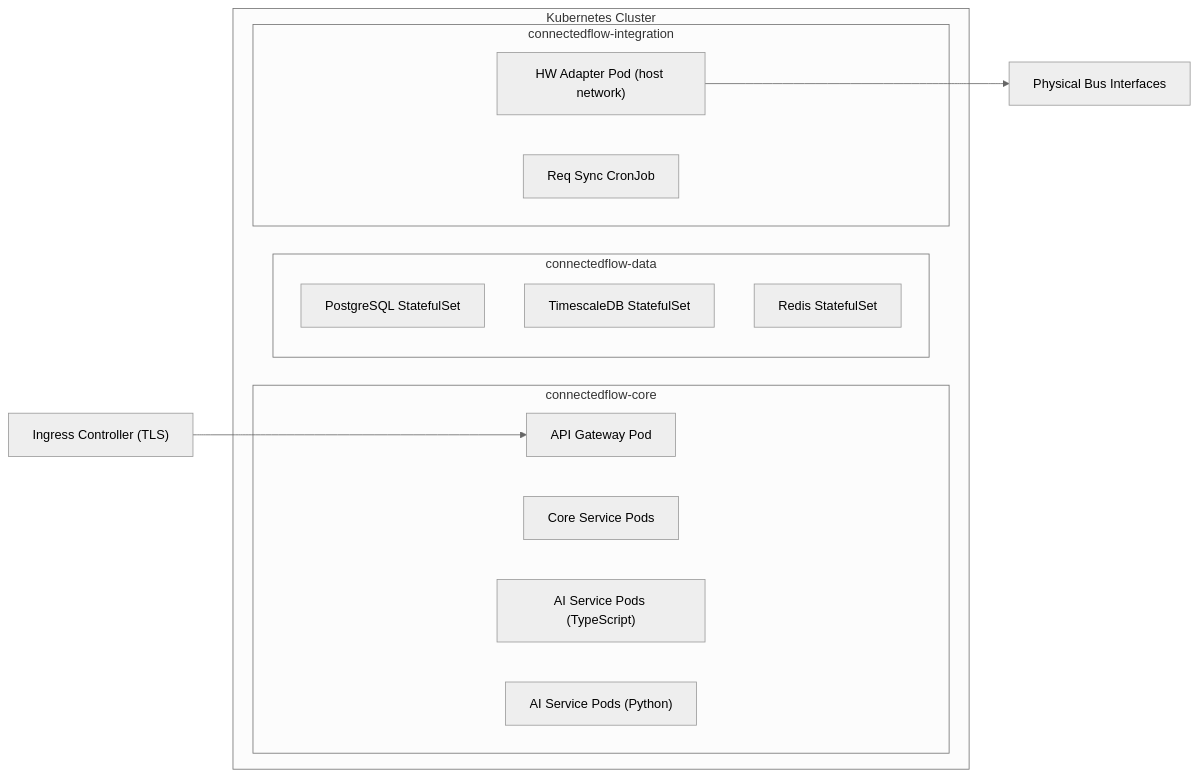
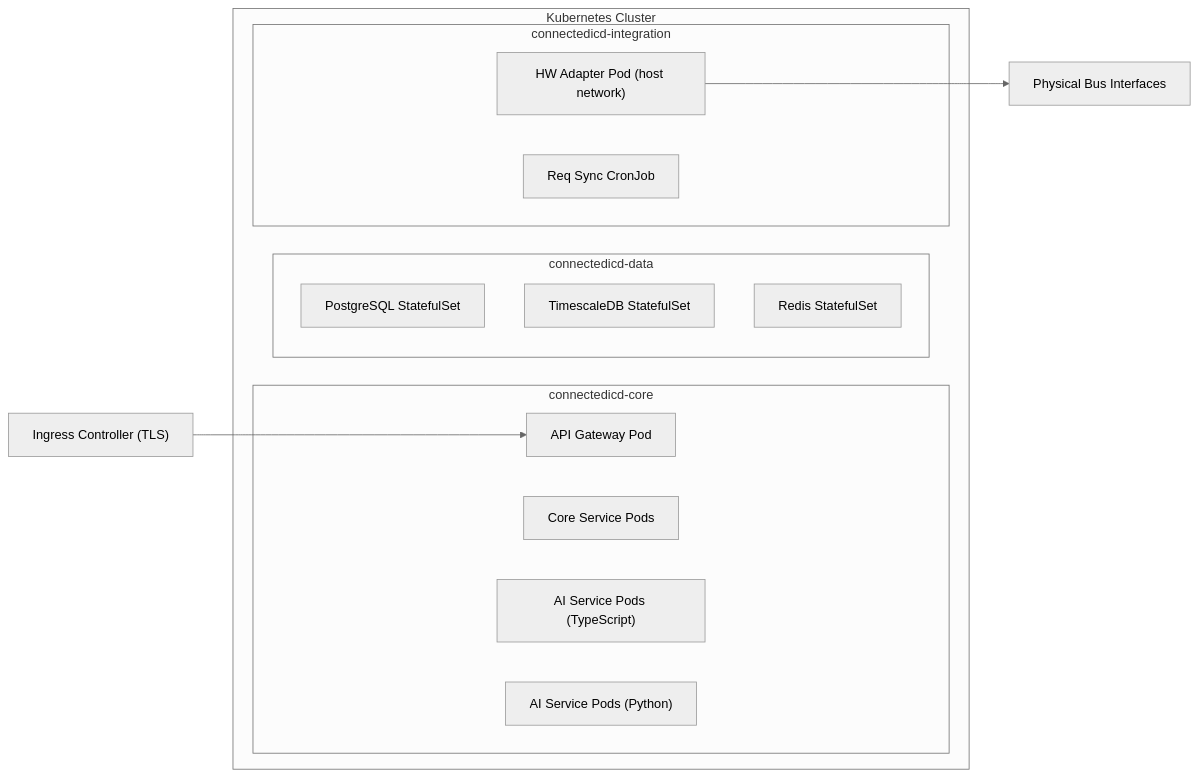
The second of 5 diagrams in .kiro/specs/connectedflow-icd-platform/design.md (isantiag/connectedflow), drawn with Mermaid (neutral theme) before and after one commit. The commit also changed other lines of this file and 71 other files, not shown here.

````diff
--- a/.kiro/specs/connectedflow-icd-platform/design.md
+++ b/.kiro/specs/connectedflow-icd-platform/design.md
@@ -108,23 +108,23 @@
 ```mermaid
 graph LR
     subgraph K8s["Kubernetes Cluster"]
-        subgraph NS1["connectedflow-core"]
+        subgraph NS1["connectedicd-core"]
             APIGateway["API Gateway Pod"]
             CorePods["Core Service Pods"]
             AIPods["AI Service Pods (TypeScript)"]
             PythonAIPods["AI Service Pods (Python)"]
         end
-        subgraph NS2["connectedflow-data"]
+        subgraph NS2["connectedicd-data"]
             PGPod["PostgreSQL StatefulSet"]
             TSPod["TimescaleDB StatefulSet"]
             RedisPod["Redis StatefulSet"]
         end
-        subgraph NS3["connectedflow-integration"]
+        subgraph NS3["connectedicd-integration"]
             HWPod["HW Adapter Pod (host network)"]
             SyncPod["Req Sync CronJob"]
         end
     end
     
     Ingress["Ingress Controller (TLS)"] --> APIGateway
     HWPod --> PhysicalBus["Physical Bus Interfaces"]
 ```
````
